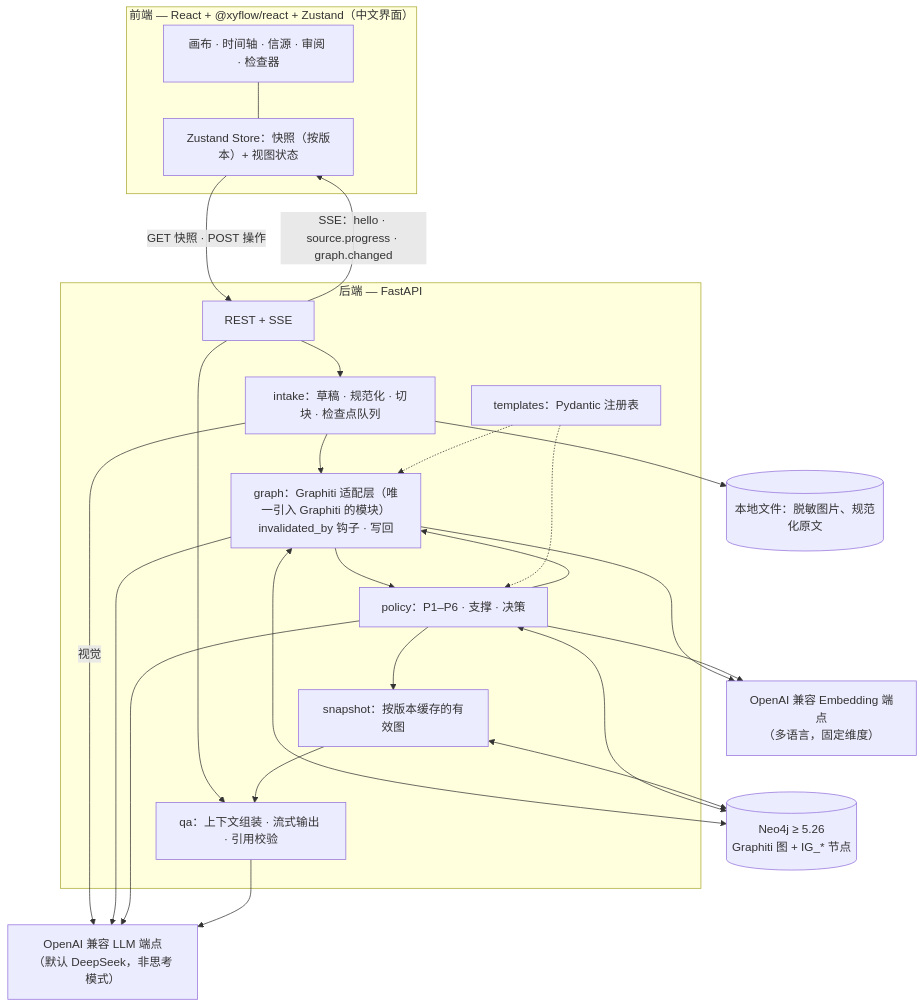
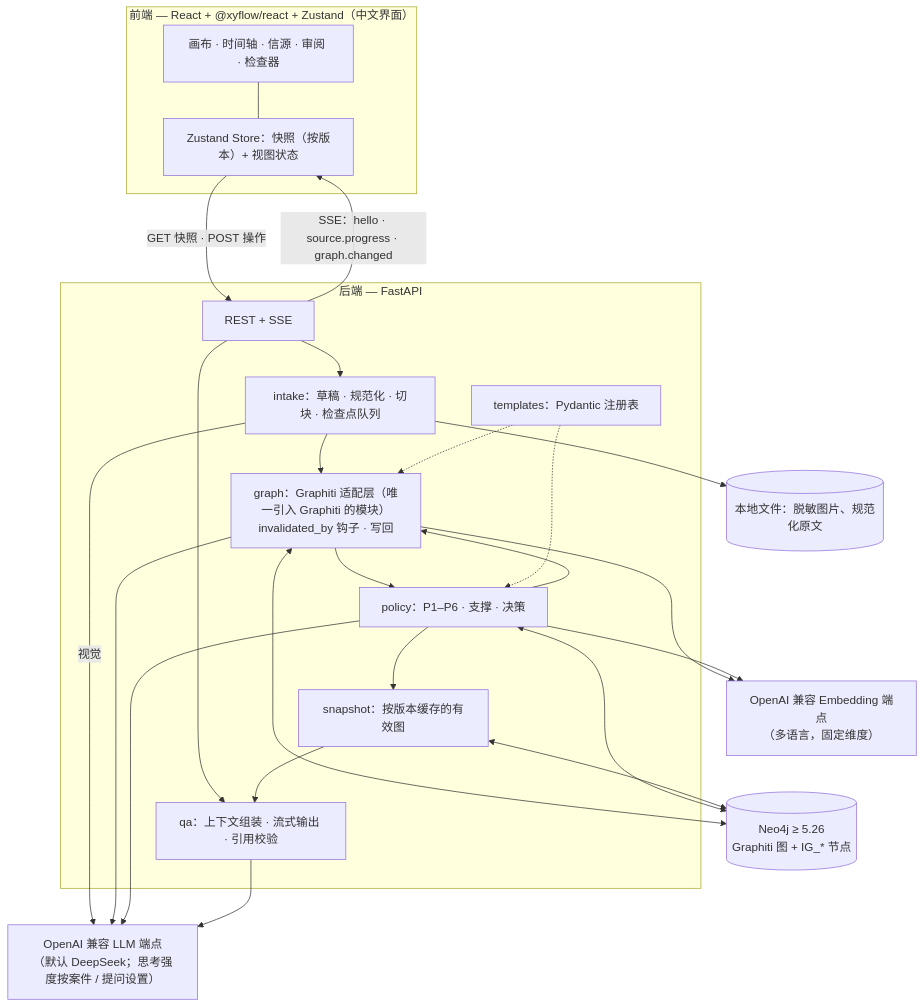
One commit to HWUDHOEF123/InvestigationWorkBench changed the diagram in docs/requirements(cn).md. Above: the diagram before and after it, drawn with Mermaid. The commit also changed other lines of this file and 12 other files, not shown here.

````diff
--- a/docs/requirements(cn).md
+++ b/docs/requirements(cn).md
@@ -439,45 +444,45 @@
 ```mermaid
 graph TD
     subgraph FE["前端 — React + @xyflow/react + Zustand（中文界面）"]
         UI["画布 · 时间轴 · 信源 · 审阅 · 检查器"]
         Store["Zustand Store：快照（按版本）+ 视图状态"]
         UI --- Store
     end
 
     subgraph BE["后端 — FastAPI"]
         API["REST + SSE"]
         Intake["intake：草稿 · 规范化 · 切块 · 检查点队列"]
         Graph["graph：Graphiti 适配层（唯一引入 Graphiti 的模块）<br/>invalidated_by 钩子 · 写回"]
         Policy["policy：P1–P6 · 支撑 · 决策"]
         Snap["snapshot：按版本缓存的有效图"]
         QA["qa：上下文组装 · 流式输出 · 引用校验"]
         Tpl["templates：Pydantic 注册表"]
     end
 
-    LLM["OpenAI 兼容 LLM 端点<br/>（默认 DeepSeek，非思考模式）"]
+    LLM["OpenAI 兼容 LLM 端点<br/>（默认 DeepSeek；思考强度按案件 / 提问设置）"]
     EMB["OpenAI 兼容 Embedding 端点<br/>（多语言，固定维度）"]
     Neo4j[("Neo4j ≥ 5.26<br/>Graphiti 图 + IG_* 节点")]
     Files[("本地文件：脱敏图片、规范化原文")]
 
     Store -->|"GET 快照 · POST 操作"| API
     API -->|"SSE：hello · source.progress · graph.changed"| Store
     API --> Intake
     API --> QA
     Intake --> Files
     Intake -->|"视觉"| LLM
     Intake --> Graph
     Graph --> Policy
     Policy --> Graph
     Policy --> Snap
     Snap --> QA
     Graph <--> Neo4j
     Policy <--> Neo4j
     Snap <--> Neo4j
     Graph --> LLM
     Graph --> EMB
     Policy --> LLM
     Policy --> EMB
     QA --> LLM
     Tpl -.-> Graph
     Tpl -.-> Policy
 ```
````
